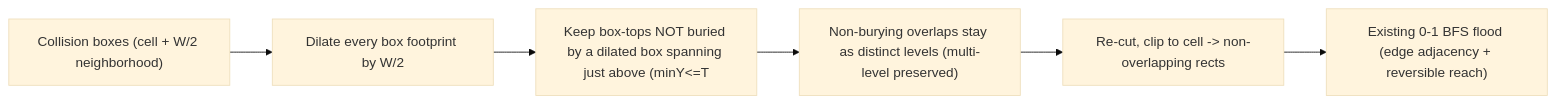
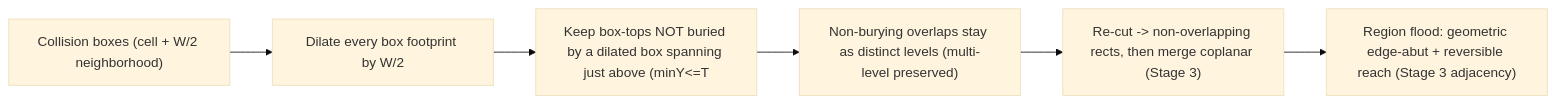
Before and after one commit to colinsmao/hbox-test: the diagram in PLAN.md, drawn with Mermaid (base theme). The commit also changed other lines of this file and 4 other files, not shown here.

````diff
--- a/PLAN.md
+++ b/PLAN.md
@@ -69,8 +70,8 @@
 ```mermaid
 flowchart LR
   shapes["Collision boxes (cell + W/2 neighborhood)"] --> grow["Dilate every box footprint by W/2"]
   grow --> keep["Keep box-tops NOT buried by a dilated box spanning just above (minY<=T<maxY)"]
   keep --> levels["Non-burying overlaps stay as distinct levels (multi-level preserved)"]
-  levels --> recut["Re-cut, clip to cell -> non-overlapping rects"]
-  recut --> flood["Existing 0-1 BFS flood (edge adjacency + reversible reach)"]
+  levels --> recut["Re-cut -> non-overlapping rects, then merge coplanar (Stage 3)"]
+  recut --> flood["Region flood: geometric edge-abut + reversible reach (Stage 3 adjacency)"]
 ```
````
